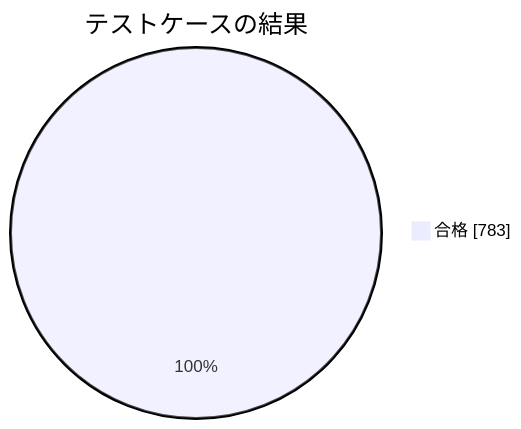
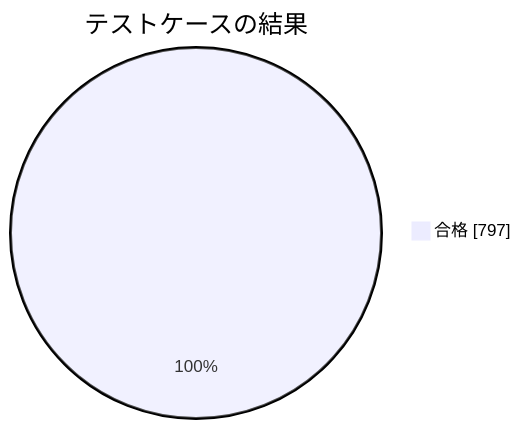
Before and after one commit to pocarialice/rpglearning: the second of 4 diagrams in documents/モジュールテスト結果報告書_RPG学習アプリ.md, drawn with Mermaid. The commit also changed other lines of this file and 34 other files, not shown here.

````diff
--- a/documents/モジュールテスト結果報告書_RPG学習アプリ.md
+++ b/documents/モジュールテスト結果報告書_RPG学習アプリ.md
@@ -65,4 +65,4 @@
 ```mermaid
 pie showData title テストケースの結果
-  "合格" : 783
+  "合格" : 797
 ```
````
